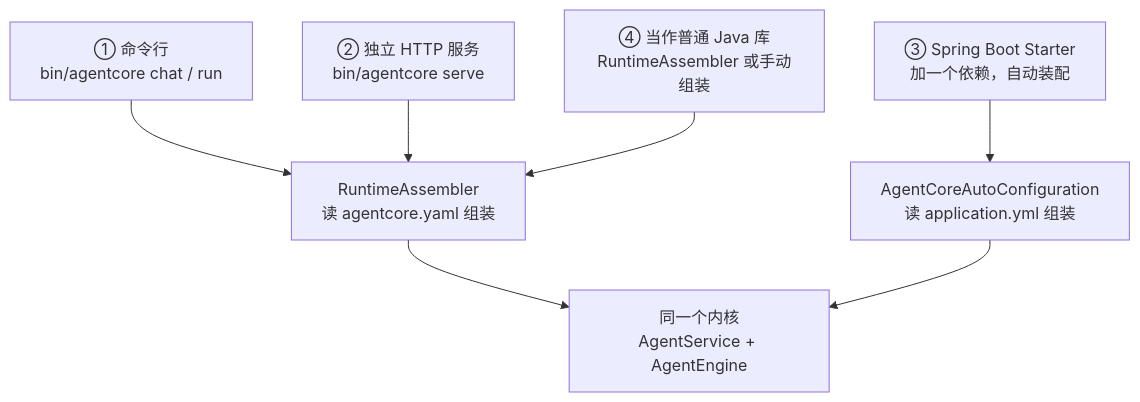
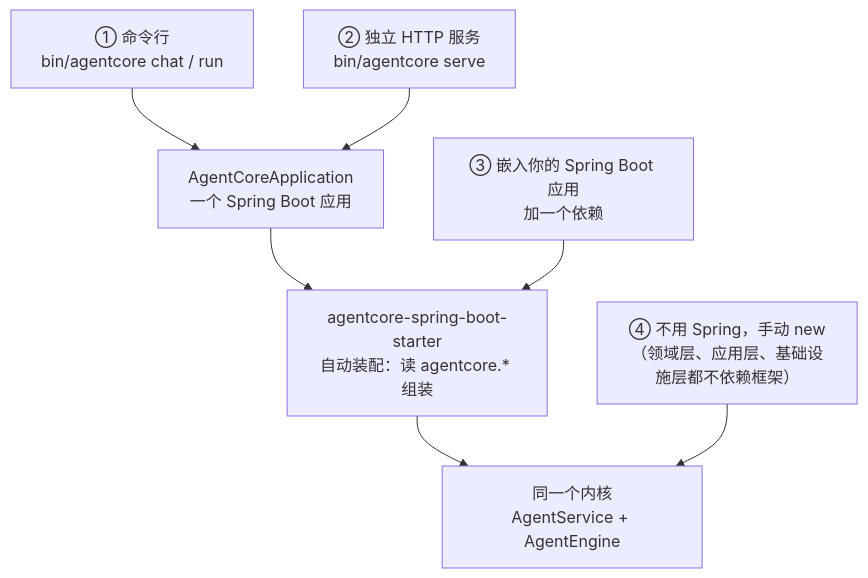
Before and after one commit to stackJx/agent-java: the first of 3 diagrams in docs/07-integration.md, drawn with Mermaid. The commit also changed other lines of this file and 40 other files, not shown here.

First line of the commit message:
refactor: 统一为 Spring Boot 装配，Web 接口下沉到接口层

````diff
--- a/docs/07-integration.md
+++ b/docs/07-integration.md
@@ -5,13 +5,15 @@
 ```mermaid
 flowchart TD
     core["同一个内核<br/>AgentService + AgentEngine"]
+    auto["agentcore-spring-boot-starter<br/>自动装配：读 agentcore.* 组装"]
     cli["① 命令行<br/>bin/agentcore chat / run"]
     srv["② 独立 HTTP 服务<br/>bin/agentcore serve"]
-    boot["③ Spring Boot Starter<br/>加一个依赖，自动装配"]
-    lib["④ 当作普通 Java 库<br/>RuntimeAssembler 或手动组装"]
-    cli --> asm["RuntimeAssembler<br/>读 agentcore.yaml 组装"]
-    srv --> asm
-    lib --> asm
-    asm --> core
-    boot --> auto["AgentCoreAutoConfiguration<br/>读 application.yml 组装"] --> core
+    boot["③ 嵌入你的 Spring Boot 应用<br/>加一个依赖"]
+    lib["④ 不用 Spring，手动 new<br/>（领域层、应用层、基础设施层都不依赖框架）"]
+    cli --> app["AgentCoreApplication<br/>一个 Spring Boot 应用"]
+    srv --> app
+    app --> auto
+    boot --> auto
+    auto --> core
+    lib --> core
 ```
````
